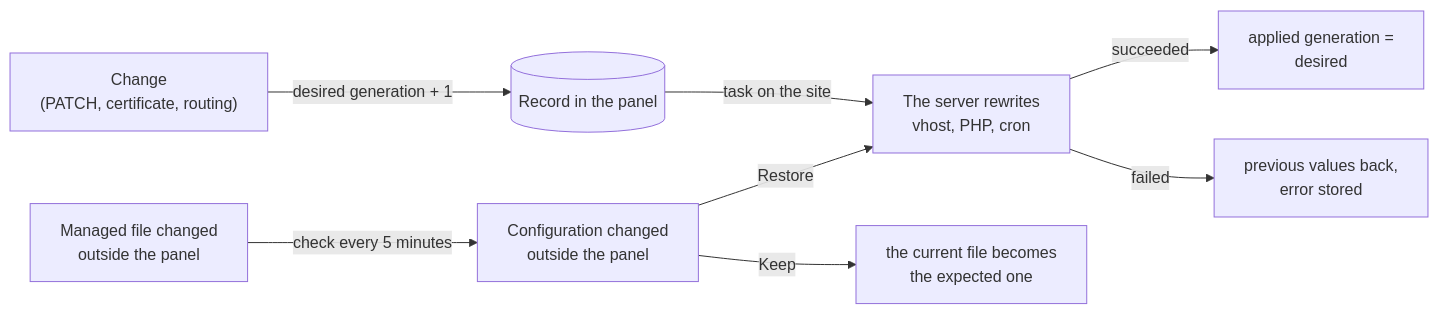
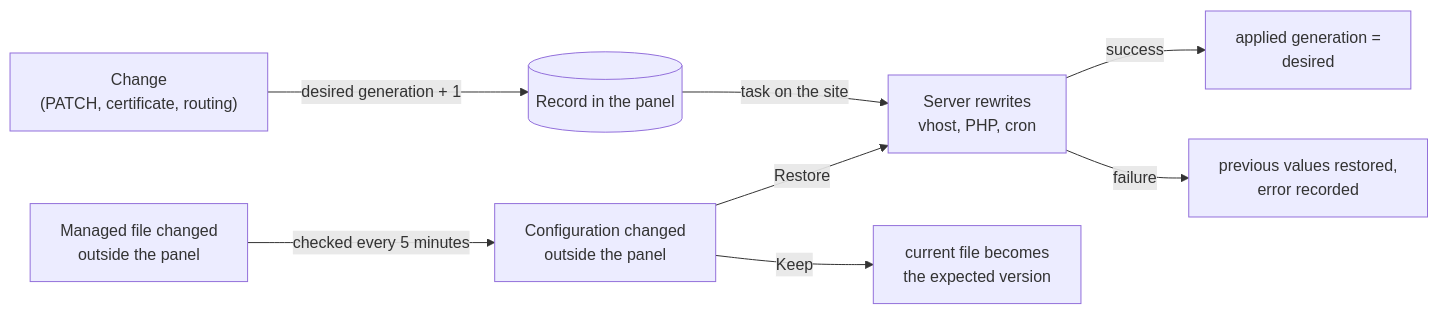
Before and after one commit to cloudground-it/cloudground-docs: the second of 2 diagrams in i18n/en/docusaurus-plugin-content-docs/current/explanation/site-lifecycle.mdx, drawn with Mermaid. The commit also changed other lines of this file and 21 other files, not shown here.

````diff
--- a/i18n/en/docusaurus-plugin-content-docs/current/explanation/site-lifecycle.mdx
+++ b/i18n/en/docusaurus-plugin-content-docs/current/explanation/site-lifecycle.mdx
@@ -61,10 +64,10 @@
 ```mermaid
 flowchart LR
     patch["Change<br/>(PATCH, certificate, routing)"] -->|desired generation + 1| record[(Record in the panel)]
-    record -->|task on the site| render["The server rewrites<br/>vhost, PHP, cron"]
-    render -->|succeeded| applied["applied generation =<br/>desired"]
-    render -->|failed| back["previous values back,<br/>error stored"]
-    drift["Managed file changed<br/>outside the panel"] -->|check every 5 minutes| event["Configuration changed<br/>outside the panel"]
+    record -->|task on the site| render["Server rewrites<br/>vhost, PHP, cron"]
+    render -->|success| applied["applied generation =<br/>desired"]
+    render -->|failure| back["previous values restored,<br/>error recorded"]
+    drift["Managed file changed<br/>outside the panel"] -->|checked every 5 minutes| event["Configuration changed<br/>outside the panel"]
     event -->|Restore| render
-    event -->|Keep| keep["the current file becomes<br/>the expected one"]
+    event -->|Keep| keep["current file becomes<br/>the expected version"]
 ```
````
